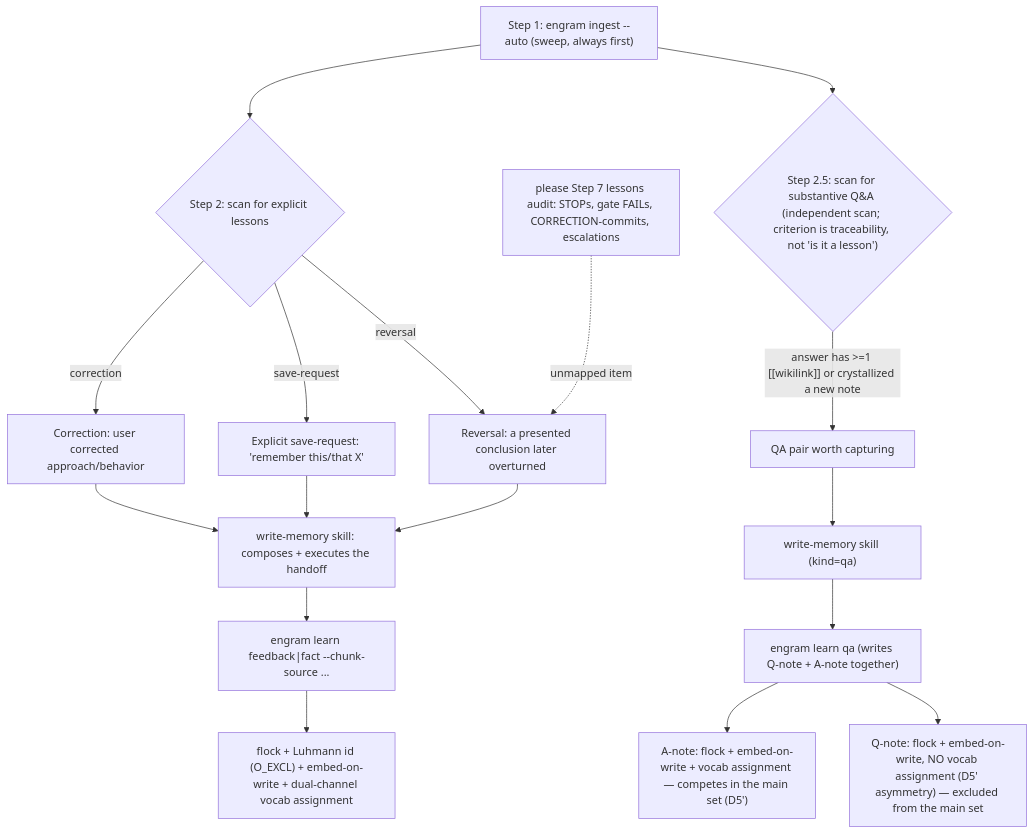
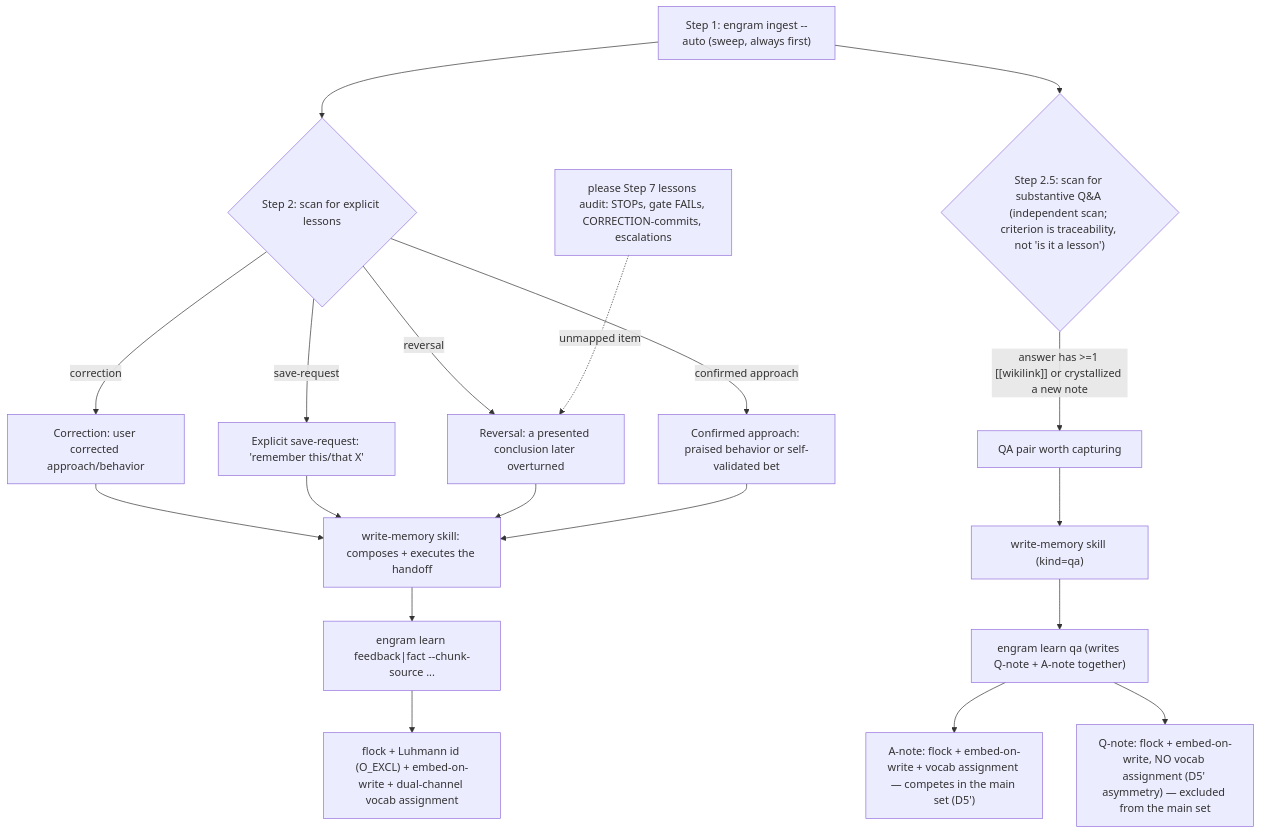
One commit to toejough/engram changed the sixth of 8 diagrams in docs/architecture/c2-containers.md. Above: the diagram before and after it, drawn with Mermaid. The commit also changed other lines of this file and 13 other files, not shown here.

````diff
--- a/docs/architecture/c2-containers.md
+++ b/docs/architecture/c2-containers.md
@@ -201,22 +202,24 @@
 ```mermaid
 flowchart TD
     S["Step 1: engram ingest --auto (sweep, always first)"] --> S2{"Step 2: scan for explicit lessons"}
     S --> S25{"Step 2.5: scan for substantive Q&A (independent scan; criterion is traceability, not 'is it a lesson')"}
     S2 -->|correction| CORR["Correction: user corrected approach/behavior"]
     S2 -->|save-request| SAVE["Explicit save-request: 'remember this/that X'"]
     S2 -->|reversal| REV["Reversal: a presented conclusion later overturned"]
+    S2 -->|confirmed approach| CONF["Confirmed approach: praised behavior or self-validated bet"]
     S25 -->|"answer has >=1 [[wikilink]] or crystallized a new note"| QAK["QA pair worth capturing"]
     P7["please Step 7 lessons audit: STOPs, gate FAILs, CORRECTION-commits, escalations"] -.->|"unmapped item"| REV
 
     CORR --> WM["write-memory skill: composes + executes the handoff"]
     SAVE --> WM
     REV --> WM
+    CONF --> WM
     QAK --> WMQ["write-memory skill (kind=qa)"]
 
     WM --> L["engram learn feedback|fact --chunk-source ..."]
     WMQ --> LQ["engram learn qa (writes Q-note + A-note together)"]
 
     L --> CV["flock + Luhmann id (O_EXCL) + embed-on-write + dual-channel vocab assignment"]
     LQ --> CA["A-note: flock + embed-on-write + vocab assignment — competes in the main set (D5')"]
     LQ --> CQ["Q-note: flock + embed-on-write, NO vocab assignment (D5' asymmetry) — excluded from the main set"]
 ```
````
